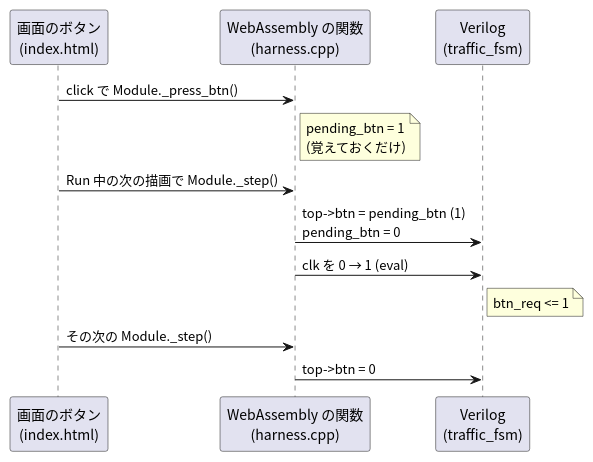
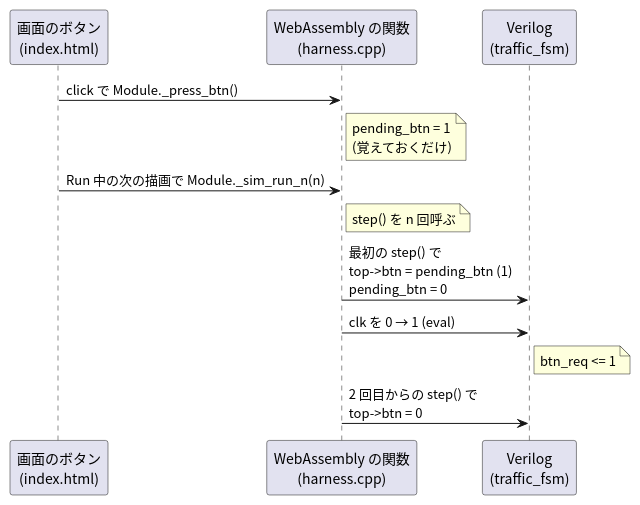
Before and after one commit to tommie-jp/tommie-circuit-workbook: the diagram in 06-fpga/04-soft-fpga-web/07-screen-switches.md, drawn with PlantUML. The commit also changed other lines of this file, not shown here.

````diff
--- a/06-fpga/04-soft-fpga-web/07-screen-switches.md
+++ b/06-fpga/04-soft-fpga-web/07-screen-switches.md
@@ -26,19 +26,19 @@
 ```plantuml
 @startuml
 skinparam shadowing false
 skinparam defaultFontName "Noto Sans CJK JP"
 
 participant "画面のボタン\n(index.html)" as ui
 participant "WebAssembly の関数\n(harness.cpp)" as wasm
 participant "Verilog\n(traffic_fsm)" as rtl
 
 ui -> wasm : click で Module._press_btn()
 note right of wasm : pending_btn = 1\n(覚えておくだけ)
-ui -> wasm : Run 中の次の描画で Module._step()
-wasm -> rtl : top->btn = pending_btn (1)\npending_btn = 0
+ui -> wasm : Run 中の次の描画で Module._sim_run_n(n)
+note right of wasm : step() を n 回呼ぶ
+wasm -> rtl : 最初の step() で\ntop->btn = pending_btn (1)\npending_btn = 0
 wasm -> rtl : clk を 0 → 1 (eval)
 note right of rtl : btn_req <= 1
-ui -> wasm : その次の Module._step()
-wasm -> rtl : top->btn = 0
+wasm -> rtl : 2 回目からの step() で\ntop->btn = 0
 @enduml
 ```
````
